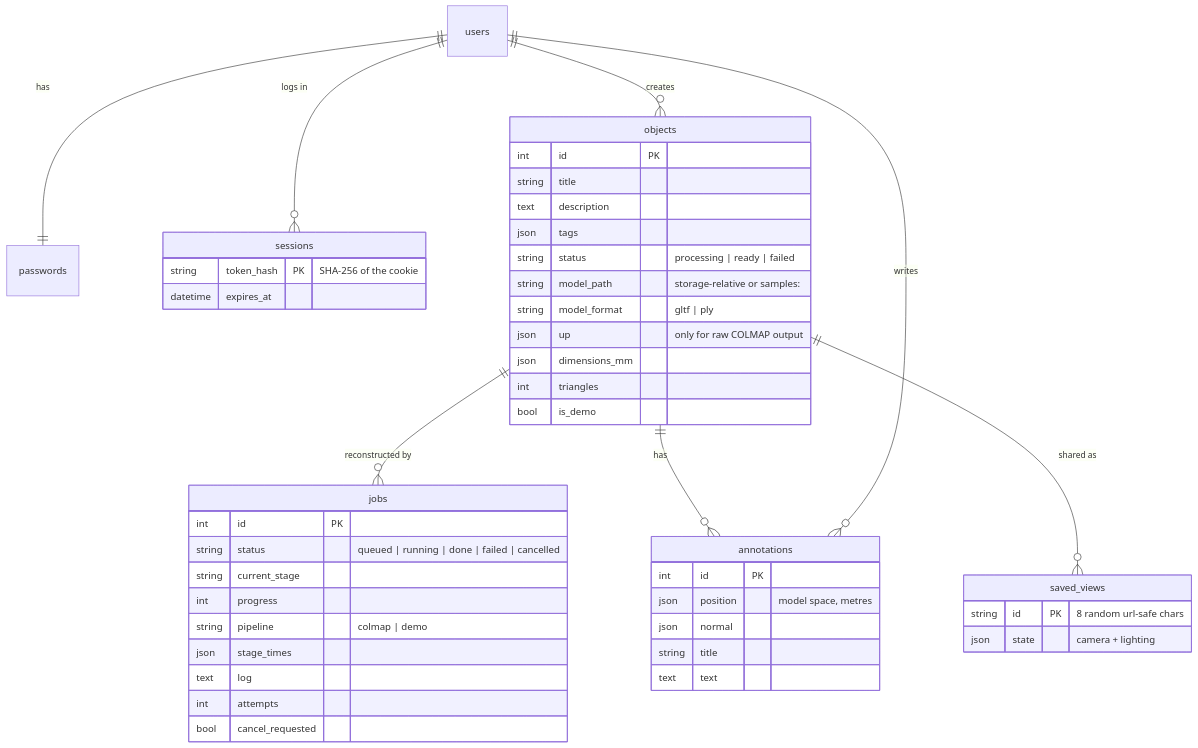
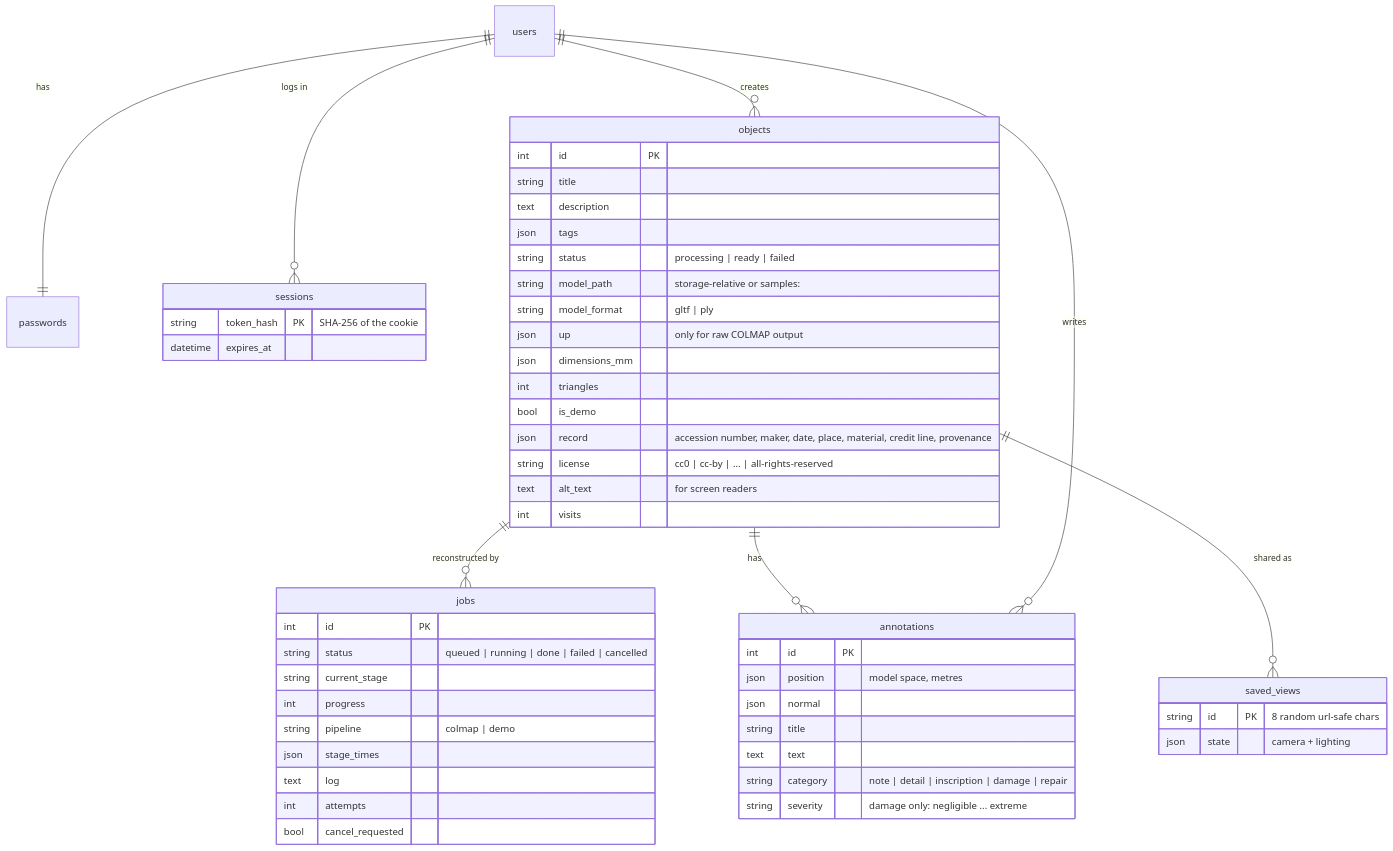
One commit to RafalLeja/Browser-Based-Photogrammetry-and-3D-Model-Viewer changed the third of 3 diagrams in docs/architecture.md. Above: the diagram before and after it, drawn with Mermaid. The commit also changed other lines of this file and 27 other files, not shown here.

````diff
--- a/docs/architecture.md
+++ b/docs/architecture.md
@@ -71,50 +71,56 @@
 ```mermaid
 erDiagram
   users ||--|| passwords : has
   users ||--o{ sessions : "logs in"
   users ||--o{ objects : creates
   objects ||--o{ jobs : "reconstructed by"
   objects ||--o{ annotations : has
   objects ||--o{ saved_views : "shared as"
   users ||--o{ annotations : writes
 
   objects {
     int id PK
     string title
     text description
     json tags
     string status "processing | ready | failed"
     string model_path "storage-relative or samples:"
     string model_format "gltf | ply"
     json up "only for raw COLMAP output"
     json dimensions_mm
     int triangles
     bool is_demo
+    json record "accession number, maker, date, place, material, credit line, provenance"
+    string license "cc0 | cc-by | ... | all-rights-reserved"
+    text alt_text "for screen readers"
+    int visits
   }
   jobs {
     int id PK
     string status "queued | running | done | failed | cancelled"
     string current_stage
     int progress
     string pipeline "colmap | demo"
     json stage_times
     text log
     int attempts
     bool cancel_requested
   }
   annotations {
     int id PK
     json position "model space, metres"
     json normal
     string title
     text text
+    string category "note | detail | inscription | damage | repair"
+    string severity "damage only: negligible ... extreme"
   }
   saved_views {
     string id PK "8 random url-safe chars"
     json state "camera + lighting"
   }
   sessions {
     string token_hash PK "SHA-256 of the cookie"
     datetime expires_at
   }
 ```
````
